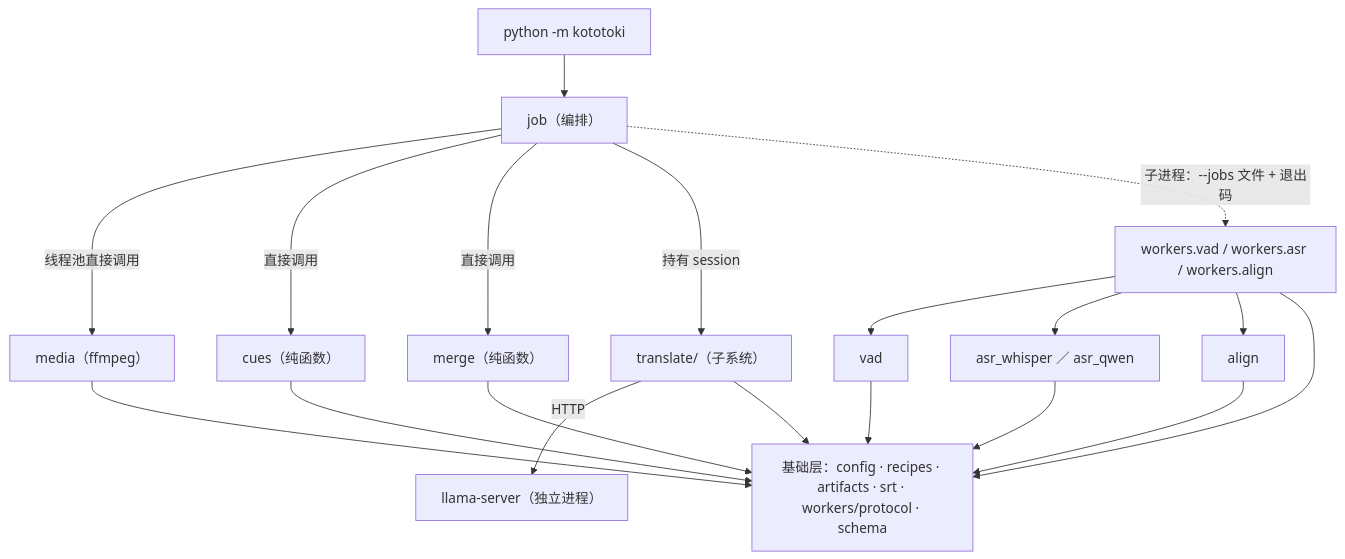
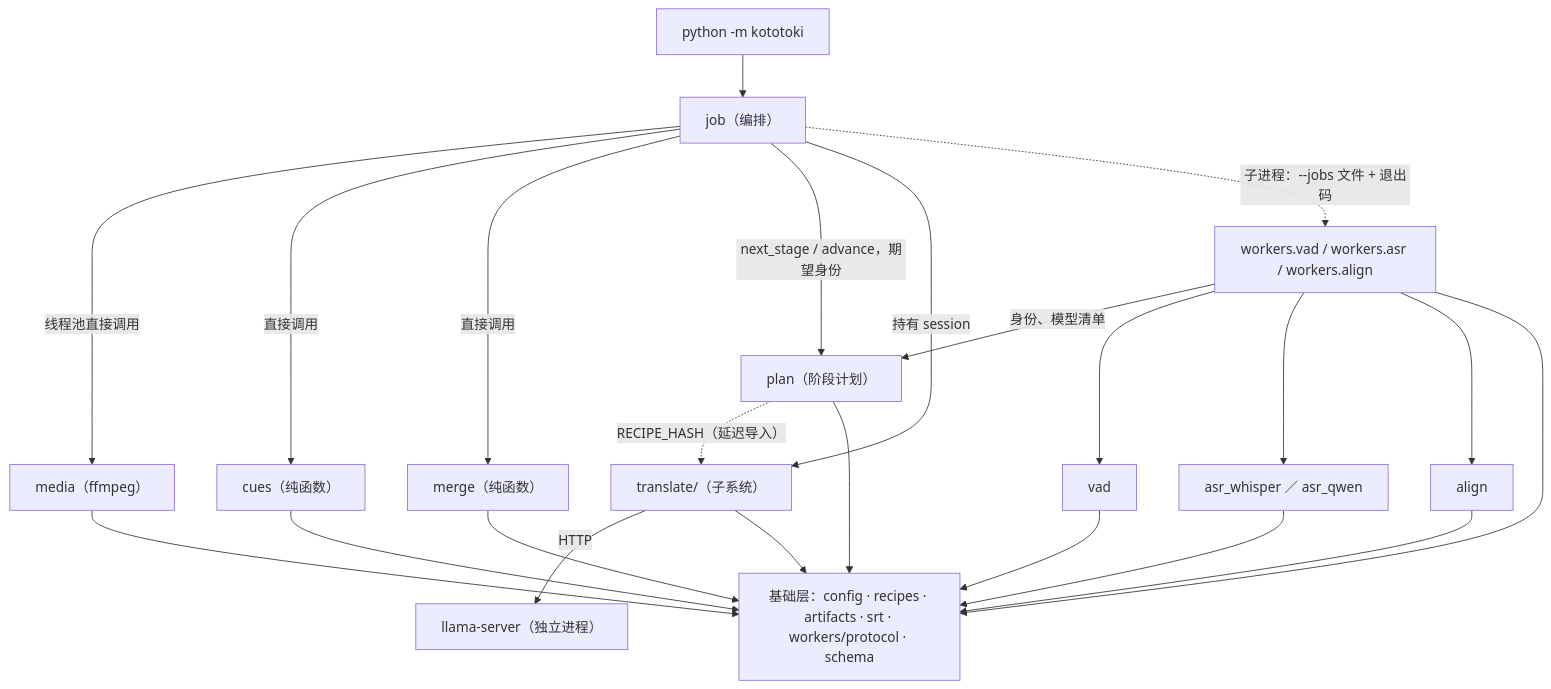
Before and after one commit to watchzerg/kototoki: the second of 2 diagrams in docs/architecture/INDEX.md, drawn with Mermaid. The commit also changed other lines of this file and 17 other files, not shown here.

````diff
--- a/docs/architecture/INDEX.md
+++ b/docs/architecture/INDEX.md
@@ -53,22 +53,26 @@
 ```mermaid
 flowchart TB
   MAIN["python -m kototoki"] --> JOB["job（编排）"]
   JOB -->|线程池直接调用| MEDIA["media（ffmpeg）"]
   JOB -->|直接调用| CUES["cues（纯函数）"]
   JOB -->|直接调用| MERGE["merge（纯函数）"]
+  JOB -->|next_stage / advance，期望身份| PLAN["plan（阶段计划）"]
   JOB -->|持有 session| TR["translate/（子系统）"]
   JOB -.->|子进程：--jobs 文件 + 退出码| WK["workers.vad / workers.asr / workers.align"]
+  WK -->|身份、模型清单| PLAN
+  PLAN -.->|RECIPE_HASH（延迟导入）| TR
   WK --> VAD["vad"]
   WK --> ASR["asr_whisper ／ asr_qwen"]
   WK --> ALIGN["align"]
   TR -->|HTTP| LLAMA["llama-server（独立进程）"]
   MEDIA --> BASE
   CUES --> BASE
   MERGE --> BASE
+  PLAN --> BASE
   TR --> BASE
   WK --> BASE
   VAD --> BASE
   ASR --> BASE
   ALIGN --> BASE
   BASE["基础层：config · recipes · artifacts · srt · workers/protocol · schema"]
 ```
````
